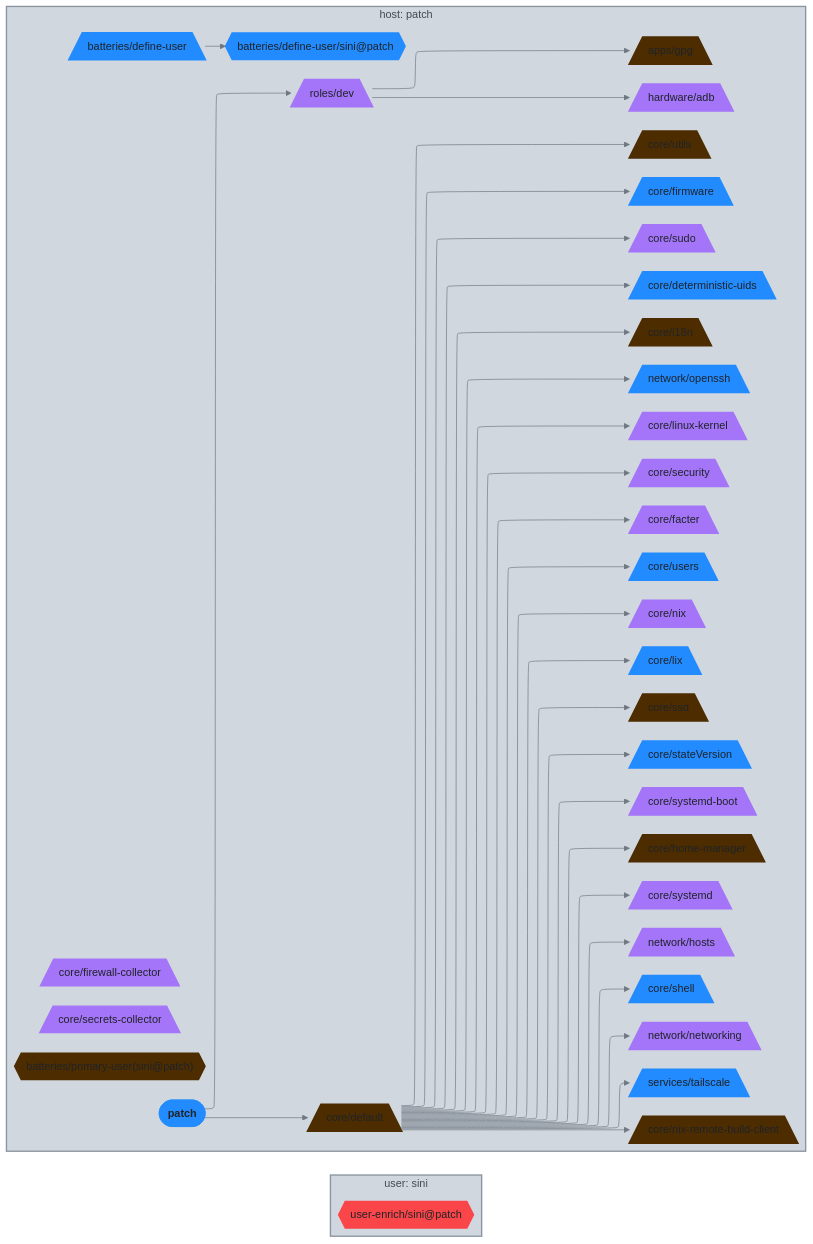
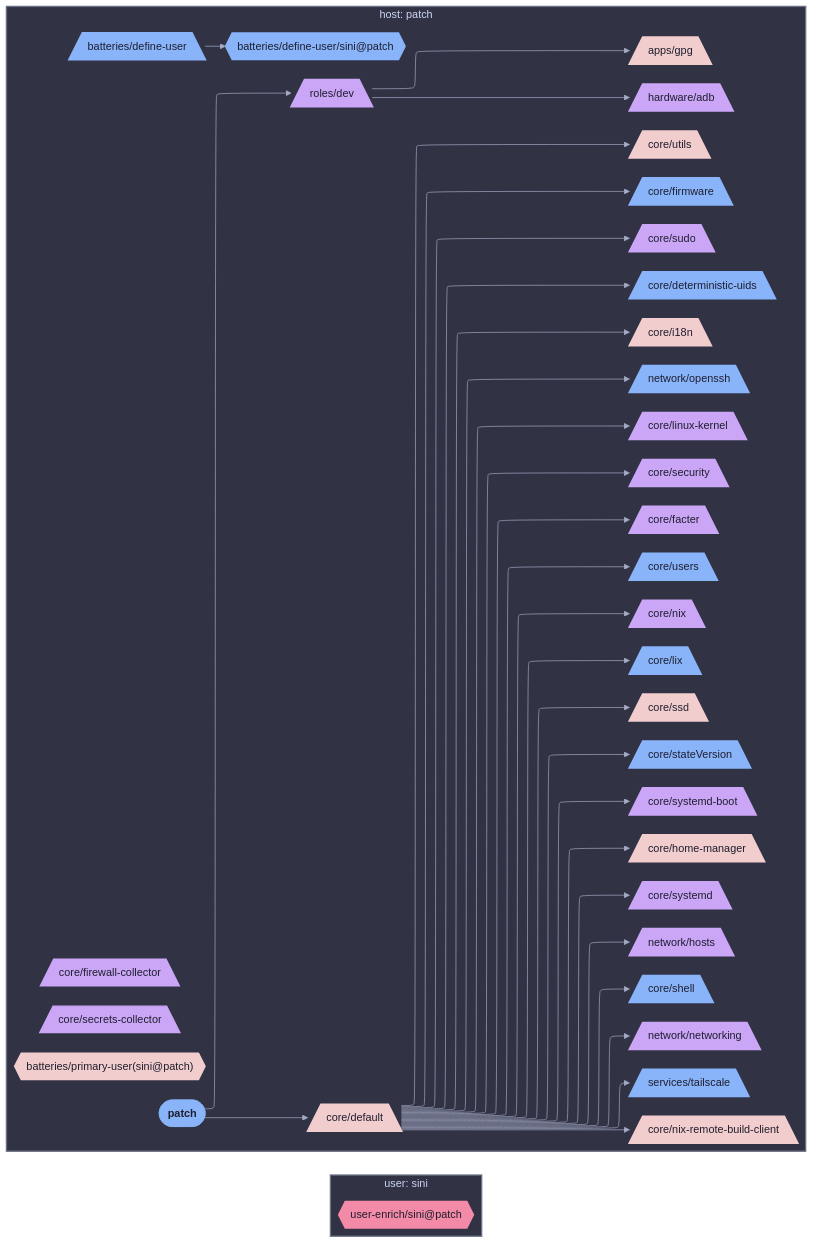
One commit to sini/nix-config changed the diagram in diagrams/hosts/patch/class-nixos.md. Above: the diagram before and after it, drawn with Mermaid. The commit also changed 142 other files, not shown here.

First line of the commit message:
feat(diagrams): use projectScope for per-host/user views

````diff
--- a/diagrams/hosts/patch/class-nixos.md
+++ b/diagrams/hosts/patch/class-nixos.md
@@ -5,5 +5,5 @@
 ```mermaid
-%%{init: {"elk":{"mergeEdges":true,"nodePlacementStrategy":"BRANDES_KOEPF"},"flowchart":{"wrappingWidth":600},"layout":"elk","theme":"base","themeVariables":{"activationBkgColor":"#d0d7de","activationBorderColor":"#8c959f","actorBkg":"#d0d7de","actorBorder":"#6e7781","actorLineColor":"#6e7781","actorTextColor":"#424a53","background":"#eaeef2","classText":"#424a53","clusterBkg":"#d0d7de","clusterBorder":"#8c959f","edgeLabelBackground":"#eaeef2","labelBoxBkgColor":"#d0d7de","labelBoxBorderColor":"#6e7781","labelTextColor":"#424a53","lineColor":"#6e7781","loopTextColor":"#424a53","mainBkg":"#d0d7de","nodeBkg":"#d0d7de","nodeBorder":"#6e7781","nodeTextColor":"#424a53","noteBkgColor":"#d0d7de","noteBorderColor":"#8c959f","noteTextColor":"#424a53","pie1":"#fa4549","pie2":"#e16f24","pie3":"#bf8700","pie4":"#2da44e","pie5":"#339D9B","pie6":"#218bff","pie7":"#a475f9","pie8":"#4d2d00","pieLegendTextColor":"#424a53","pieOuterStrokeColor":"#8c959f","pieSectionTextColor":"#424a53","pieStrokeColor":"#8c959f","pieTitleTextColor":"#424a53","primaryBorderColor":"#6e7781","primaryColor":"#d0d7de","primaryTextColor":"#424a53","secondBkg":"#d0d7de","secondaryBorderColor":"#8c959f","secondaryColor":"#d0d7de","secondaryTextColor":"#424a53","sequenceNumberColor":"#eaeef2","signalColor":"#6e7781","signalTextColor":"#424a53","tertiaryBorderColor":"#8c959f","tertiaryColor":"#d0d7de","tertiaryTextColor":"#424a53","textColor":"#424a53","titleColor":"#424a53"}}}%%
+%%{init: {"elk":{"mergeEdges":true,"nodePlacementStrategy":"BRANDES_KOEPF"},"flowchart":{"wrappingWidth":600},"layout":"elk","theme":"base","themeVariables":{"activationBkgColor":"#313244","activationBorderColor":"#6c7086","actorBkg":"#313244","actorBorder":"#a6adc8","actorLineColor":"#a6adc8","actorTextColor":"#cdd6f4","background":"#1e1e2e","classText":"#cdd6f4","clusterBkg":"#313244","clusterBorder":"#6c7086","edgeLabelBackground":"#1e1e2e","labelBoxBkgColor":"#313244","labelBoxBorderColor":"#a6adc8","labelTextColor":"#cdd6f4","lineColor":"#a6adc8","loopTextColor":"#cdd6f4","mainBkg":"#313244","nodeBkg":"#313244","nodeBorder":"#a6adc8","nodeTextColor":"#cdd6f4","noteBkgColor":"#313244","noteBorderColor":"#6c7086","noteTextColor":"#cdd6f4","pie1":"#f38ba8","pie2":"#fab387","pie3":"#f9e2af","pie4":"#a6e3a1","pie5":"#94e2d5","pie6":"#89b4fa","pie7":"#cba6f7","pie8":"#f2cdcd","pieLegendTextColor":"#cdd6f4","pieOuterStrokeColor":"#6c7086","pieSectionTextColor":"#cdd6f4","pieStrokeColor":"#6c7086","pieTitleTextColor":"#cdd6f4","primaryBorderColor":"#a6adc8","primaryColor":"#313244","primaryTextColor":"#cdd6f4","secondBkg":"#313244","secondaryBorderColor":"#6c7086","secondaryColor":"#313244","secondaryTextColor":"#cdd6f4","sequenceNumberColor":"#1e1e2e","signalColor":"#a6adc8","signalTextColor":"#cdd6f4","tertiaryBorderColor":"#6c7086","tertiaryColor":"#313244","tertiaryTextColor":"#cdd6f4","textColor":"#cdd6f4","titleColor":"#cdd6f4"}}}%%
 graph LR
   patch([patch]):::root
 
@@ -73,46 +73,46 @@
   end
 
 
-  classDef root fill:#218bff,stroke:#218bff,color:#1f2328,font-weight:bold
-  classDef hardware__adb_c fill:#a475f9,stroke:#a475f9,color:#1f2328,stroke-width:3px
-  classDef apps_c fill:#2da44e,stroke:#2da44e,color:#1f2328,stroke-dasharray: 3 3,stroke-width:1px
-  classDef core_c fill:#bf8700,stroke:#bf8700,color:#1f2328,stroke-dasharray: 3 3,stroke-width:1px
-  classDef core__default_c fill:#4d2d00,stroke:#4d2d00,color:#1f2328,stroke-width:3px
-  classDef den__batteries__define_user_c fill:#218bff,stroke:#218bff,color:#1f2328,stroke-width:3px
-  classDef den__batteries__define_user__sini_patch_c fill:#218bff,stroke:#218bff,color:#1f2328,stroke-width:2px
-  classDef core__deterministic_uids_c fill:#218bff,stroke:#218bff,color:#1f2328,stroke-width:3px
-  classDef roles__dev_c fill:#a475f9,stroke:#a475f9,color:#1f2328,stroke-width:3px
-  classDef core__facter_c fill:#a475f9,stroke:#a475f9,color:#1f2328,stroke-width:3px
-  classDef core__firewall_collector_c fill:#a475f9,stroke:#a475f9,color:#1f2328,stroke-width:2px
-  classDef core__firmware_c fill:#218bff,stroke:#218bff,color:#1f2328,stroke-width:3px
-  classDef apps__gpg_c fill:#4d2d00,stroke:#4d2d00,color:#1f2328,stroke-width:3px
-  classDef hardware_c fill:#2da44e,stroke:#2da44e,color:#1f2328,stroke-dasharray: 3 3,stroke-width:1px
-  classDef core__home_manager_c fill:#4d2d00,stroke:#4d2d00,color:#1f2328,stroke-width:3px
-  classDef network__hosts_c fill:#a475f9,stroke:#a475f9,color:#1f2328,stroke-width:3px
-  classDef core__i18n_c fill:#4d2d00,stroke:#4d2d00,color:#1f2328,stroke-width:3px
-  classDef core__linux_kernel_c fill:#a475f9,stroke:#a475f9,color:#1f2328,stroke-width:3px
-  classDef core__lix_c fill:#218bff,stroke:#218bff,color:#1f2328,stroke-width:3px
-  classDef network_c fill:#e16f24,stroke:#e16f24,color:#1f2328,stroke-dasharray: 3 3,stroke-width:1px
-  classDef network__networking_c fill:#a475f9,stroke:#a475f9,color:#1f2328,stroke-width:3px
-  classDef core__nix_c fill:#a475f9,stroke:#a475f9,color:#1f2328,stroke-width:3px
-  classDef core__nix_remote_build_client_c fill:#4d2d00,stroke:#4d2d00,color:#1f2328,stroke-width:3px
-  classDef network__openssh_c fill:#218bff,stroke:#218bff,color:#1f2328,stroke-width:3px
-  classDef patch_c fill:#218bff,stroke:#218bff,color:#1f2328,stroke-width:3px
-  classDef den__batteries__primary_user_sini_patch__c fill:#4d2d00,stroke:#4d2d00,color:#1f2328,stroke-width:2px
-  classDef roles_c fill:#2da44e,stroke:#2da44e,color:#1f2328,stroke-dasharray: 3 3,stroke-width:1px
-  classDef core__secrets_collector_c fill:#a475f9,stroke:#a475f9,color:#1f2328,stroke-width:2px
-  classDef core__security_c fill:#a475f9,stroke:#a475f9,color:#1f2328,stroke-width:3px
-  classDef services_c fill:#2da44e,stroke:#2da44e,color:#1f2328,stroke-dasharray: 3 3,stroke-width:1px
-  classDef core__shell_c fill:#218bff,stroke:#218bff,color:#1f2328,stroke-width:3px
-  classDef core__ssd_c fill:#4d2d00,stroke:#4d2d00,color:#1f2328,stroke-width:3px
-  classDef core__stateVersion_c fill:#218bff,stroke:#218bff,color:#1f2328,stroke-width:3px
-  classDef core__sudo_c fill:#a475f9,stroke:#a475f9,color:#1f2328,stroke-width:3px
-  classDef core__systemd_c fill:#a475f9,stroke:#a475f9,color:#1f2328,stroke-width:3px
-  classDef core__systemd_boot_c fill:#a475f9,stroke:#a475f9,color:#1f2328,stroke-width:3px
-  classDef services__tailscale_c fill:#218bff,stroke:#218bff,color:#1f2328,stroke-width:3px
-  classDef user_enrich__sini_patch_c fill:#fa4549,stroke:#fa4549,color:#1f2328,stroke-width:2px
-  classDef core__users_c fill:#218bff,stroke:#218bff,color:#1f2328,stroke-width:3px
-  classDef core__utils_c fill:#4d2d00,stroke:#4d2d00,color:#1f2328,stroke-width:3px
-style ctx_user_sini fill:#d0d7de,stroke:#8c959f,stroke-width:2px
-style ctx_host_patch fill:#d0d7de,stroke:#8c959f,stroke-width:2px
+  classDef root fill:#89b4fa,stroke:#89b4fa,color:#1e1e2e,font-weight:bold
+  classDef hardware__adb_c fill:#cba6f7,stroke:#cba6f7,color:#1e1e2e,stroke-width:3px
+  classDef apps_c fill:#a6e3a1,stroke:#a6e3a1,color:#1e1e2e,stroke-dasharray: 3 3,stroke-width:1px
+  classDef core_c fill:#f9e2af,stroke:#f9e2af,color:#1e1e2e,stroke-dasharray: 3 3,stroke-width:1px
+  classDef core__default_c fill:#f2cdcd,stroke:#f2cdcd,color:#1e1e2e,stroke-width:3px
+  classDef den__batteries__define_user_c fill:#89b4fa,stroke:#89b4fa,color:#1e1e2e,stroke-width:3px
+  classDef den__batteries__define_user__sini_patch_c fill:#89b4fa,stroke:#89b4fa,color:#1e1e2e,stroke-width:2px
+  classDef core__deterministic_uids_c fill:#89b4fa,stroke:#89b4fa,color:#1e1e2e,stroke-width:3px
+  classDef roles__dev_c fill:#cba6f7,stroke:#cba6f7,color:#1e1e2e,stroke-width:3px
+  classDef core__facter_c fill:#cba6f7,stroke:#cba6f7,color:#1e1e2e,stroke-width:3px
+  classDef core__firewall_collector_c fill:#cba6f7,stroke:#cba6f7,color:#1e1e2e,stroke-width:2px
+  classDef core__firmware_c fill:#89b4fa,stroke:#89b4fa,color:#1e1e2e,stroke-width:3px
+  classDef apps__gpg_c fill:#f2cdcd,stroke:#f2cdcd,color:#1e1e2e,stroke-width:3px
+  classDef hardware_c fill:#a6e3a1,stroke:#a6e3a1,color:#1e1e2e,stroke-dasharray: 3 3,stroke-width:1px
+  classDef core__home_manager_c fill:#f2cdcd,stroke:#f2cdcd,color:#1e1e2e,stroke-width:3px
+  classDef network__hosts_c fill:#cba6f7,stroke:#cba6f7,color:#1e1e2e,stroke-width:3px
+  classDef core__i18n_c fill:#f2cdcd,stroke:#f2cdcd,color:#1e1e2e,stroke-width:3px
+  classDef core__linux_kernel_c fill:#cba6f7,stroke:#cba6f7,color:#1e1e2e,stroke-width:3px
+  classDef core__lix_c fill:#89b4fa,stroke:#89b4fa,color:#1e1e2e,stroke-width:3px
+  classDef network_c fill:#fab387,stroke:#fab387,color:#1e1e2e,stroke-dasharray: 3 3,stroke-width:1px
+  classDef network__networking_c fill:#cba6f7,stroke:#cba6f7,color:#1e1e2e,stroke-width:3px
+  classDef core__nix_c fill:#cba6f7,stroke:#cba6f7,color:#1e1e2e,stroke-width:3px
+  classDef core__nix_remote_build_client_c fill:#f2cdcd,stroke:#f2cdcd,color:#1e1e2e,stroke-width:3px
+  classDef network__openssh_c fill:#89b4fa,stroke:#89b4fa,color:#1e1e2e,stroke-width:3px
+  classDef patch_c fill:#89b4fa,stroke:#89b4fa,color:#1e1e2e,stroke-width:3px
+  classDef den__batteries__primary_user_sini_patch__c fill:#f2cdcd,stroke:#f2cdcd,color:#1e1e2e,stroke-width:2px
+  classDef roles_c fill:#a6e3a1,stroke:#a6e3a1,color:#1e1e2e,stroke-dasharray: 3 3,stroke-width:1px
+  classDef core__secrets_collector_c fill:#cba6f7,stroke:#cba6f7,color:#1e1e2e,stroke-width:2px
+  classDef core__security_c fill:#cba6f7,stroke:#cba6f7,color:#1e1e2e,stroke-width:3px
+  classDef services_c fill:#a6e3a1,stroke:#a6e3a1,color:#1e1e2e,stroke-dasharray: 3 3,stroke-width:1px
+  classDef core__shell_c fill:#89b4fa,stroke:#89b4fa,color:#1e1e2e,stroke-width:3px
+  classDef core__ssd_c fill:#f2cdcd,stroke:#f2cdcd,color:#1e1e2e,stroke-width:3px
+  classDef core__stateVersion_c fill:#89b4fa,stroke:#89b4fa,color:#1e1e2e,stroke-width:3px
+  classDef core__sudo_c fill:#cba6f7,stroke:#cba6f7,color:#1e1e2e,stroke-width:3px
+  classDef core__systemd_c fill:#cba6f7,stroke:#cba6f7,color:#1e1e2e,stroke-width:3px
+  classDef core__systemd_boot_c fill:#cba6f7,stroke:#cba6f7,color:#1e1e2e,stroke-width:3px
+  classDef services__tailscale_c fill:#89b4fa,stroke:#89b4fa,color:#1e1e2e,stroke-width:3px
+  classDef user_enrich__sini_patch_c fill:#f38ba8,stroke:#f38ba8,color:#1e1e2e,stroke-width:2px
+  classDef core__users_c fill:#89b4fa,stroke:#89b4fa,color:#1e1e2e,stroke-width:3px
+  classDef core__utils_c fill:#f2cdcd,stroke:#f2cdcd,color:#1e1e2e,stroke-width:3px
+style ctx_user_sini fill:#313244,stroke:#6c7086,stroke-width:2px
+style ctx_host_patch fill:#313244,stroke:#6c7086,stroke-width:2px
 ```
````
